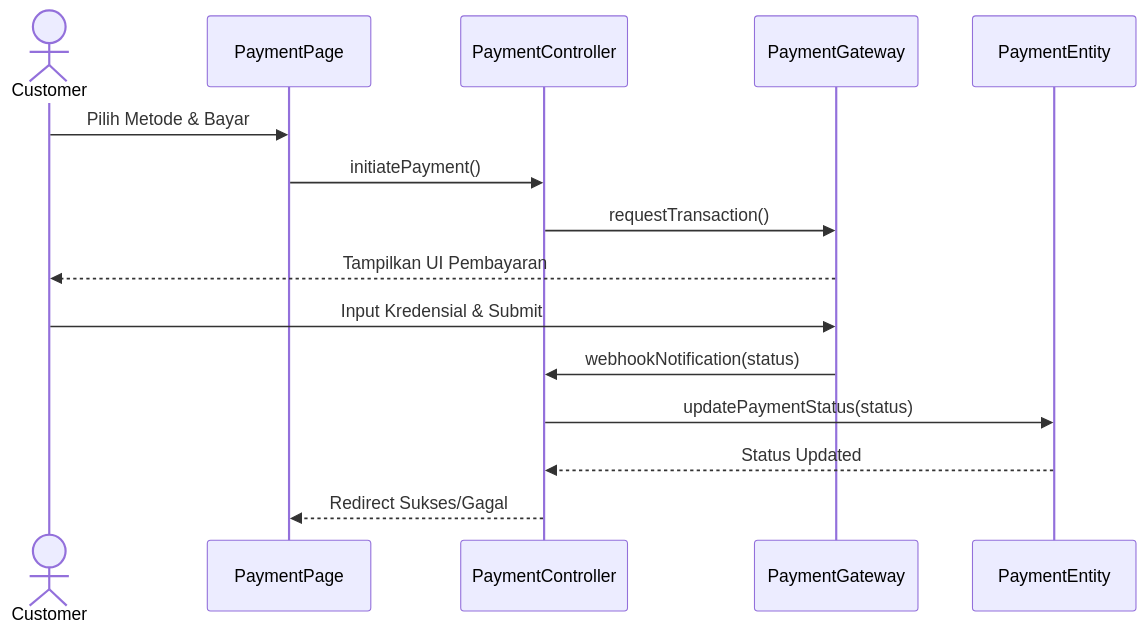
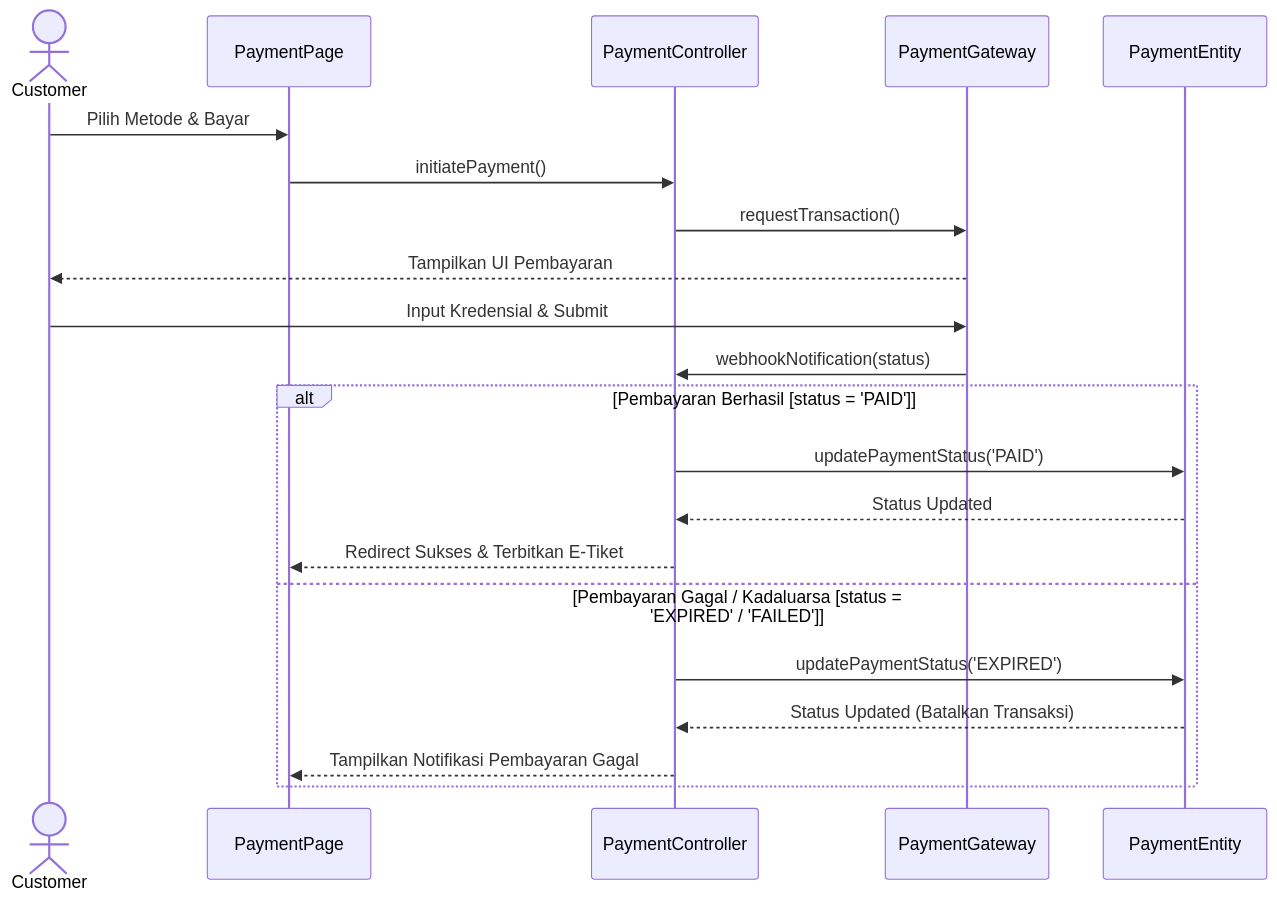
The ninth of 27 diagrams in docs/Tugas 1 - DPPL SISTEM PEMESANAN TIKET.md (impal-kelompok-4/pos-tiket-standup), drawn with Mermaid before and after one commit. The commit also changed other lines of this file and 28 other files, not shown here.

````diff
--- a/docs/Tugas 1 - DPPL SISTEM PEMESANAN TIKET.md
+++ b/docs/Tugas 1 - DPPL SISTEM PEMESANAN TIKET.md
@@ -456,17 +470,23 @@
 ```mermaid
 sequenceDiagram
     actor Customer
     participant PaymentPage
     participant PaymentController
     participant PaymentGateway
     participant PaymentEntity
     Customer->>PaymentPage: Pilih Metode & Bayar
     PaymentPage->>PaymentController: initiatePayment()
     PaymentController->>PaymentGateway: requestTransaction()
     PaymentGateway-->>Customer: Tampilkan UI Pembayaran
     Customer->>PaymentGateway: Input Kredensial & Submit
     PaymentGateway->>PaymentController: webhookNotification(status)
-    PaymentController->>PaymentEntity: updatePaymentStatus(status)
-    PaymentEntity-->>PaymentController: Status Updated
-    PaymentController-->>PaymentPage: Redirect Sukses/Gagal
+    alt Pembayaran Berhasil [status = 'PAID']
+        PaymentController->>PaymentEntity: updatePaymentStatus('PAID')
+        PaymentEntity-->>PaymentController: Status Updated
+        PaymentController-->>PaymentPage: Redirect Sukses & Terbitkan E-Tiket
+    else Pembayaran Gagal / Kadaluarsa [status = 'EXPIRED' / 'FAILED']
+        PaymentController->>PaymentEntity: updatePaymentStatus('EXPIRED')
+        PaymentEntity-->>PaymentController: Status Updated (Batalkan Transaksi)
+        PaymentController-->>PaymentPage: Tampilkan Notifikasi Pembayaran Gagal
+    end
 ```
````
